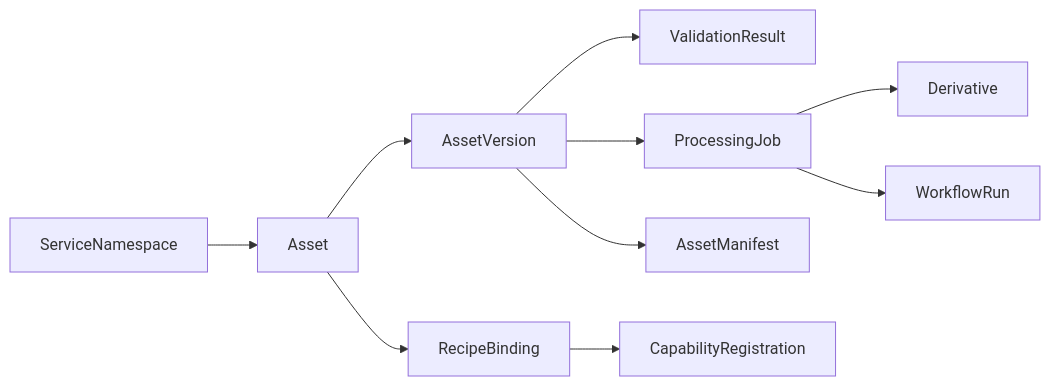
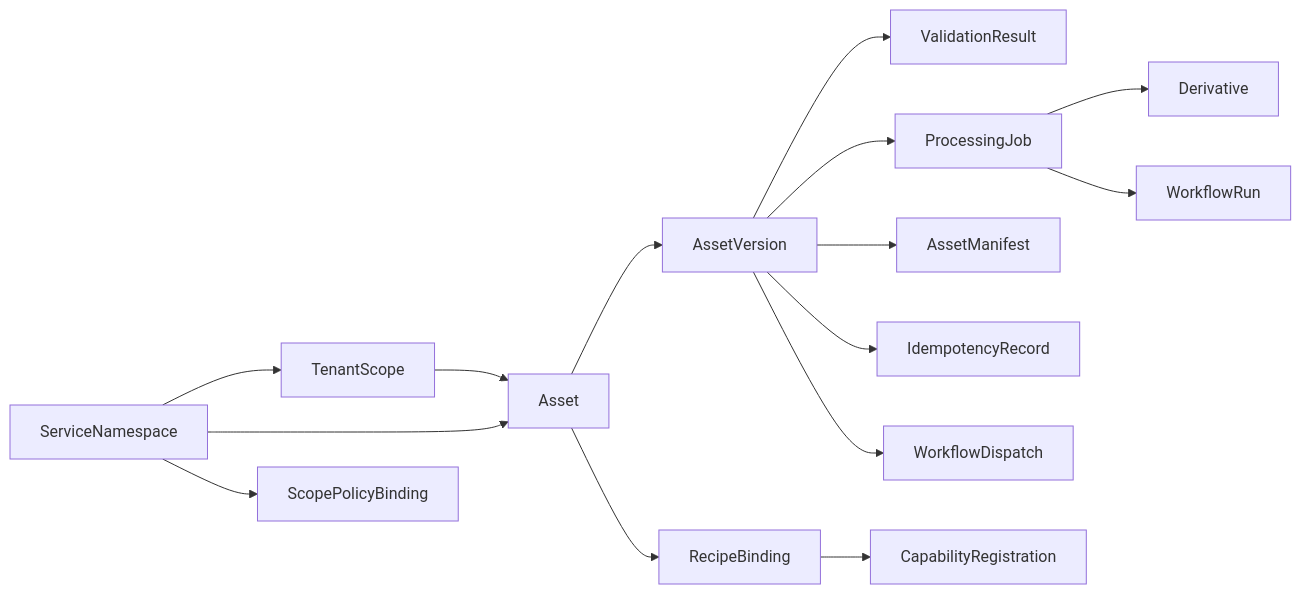
Before and after one commit to Yeusepe/cdngine: the diagram in docs/domain-model.md, drawn with Mermaid. The commit also changed other lines of this file and 22 other files, not shown here.

````diff
--- a/docs/domain-model.md
+++ b/docs/domain-model.md
@@ -25,12 +47,17 @@
 ```mermaid
 flowchart LR
-    Namespace["ServiceNamespace"] --> Asset["Asset"]
+    Namespace["ServiceNamespace"] --> Tenant["TenantScope"]
+    Namespace --> Asset["Asset"]
+    Tenant --> Asset
     Asset --> Version["AssetVersion"]
     Version --> Validation["ValidationResult"]
     Version --> Job["ProcessingJob"]
     Job --> Derivative["Derivative"]
     Version --> Manifest["AssetManifest"]
     Asset --> Binding["RecipeBinding"]
     Binding --> Capability["CapabilityRegistration"]
+    Namespace --> ScopePolicy["ScopePolicyBinding"]
     Job --> Run["WorkflowRun"]
+    Version --> Idempotency["IdempotencyRecord"]
+    Version --> Dispatch["WorkflowDispatch"]
 ```
````
